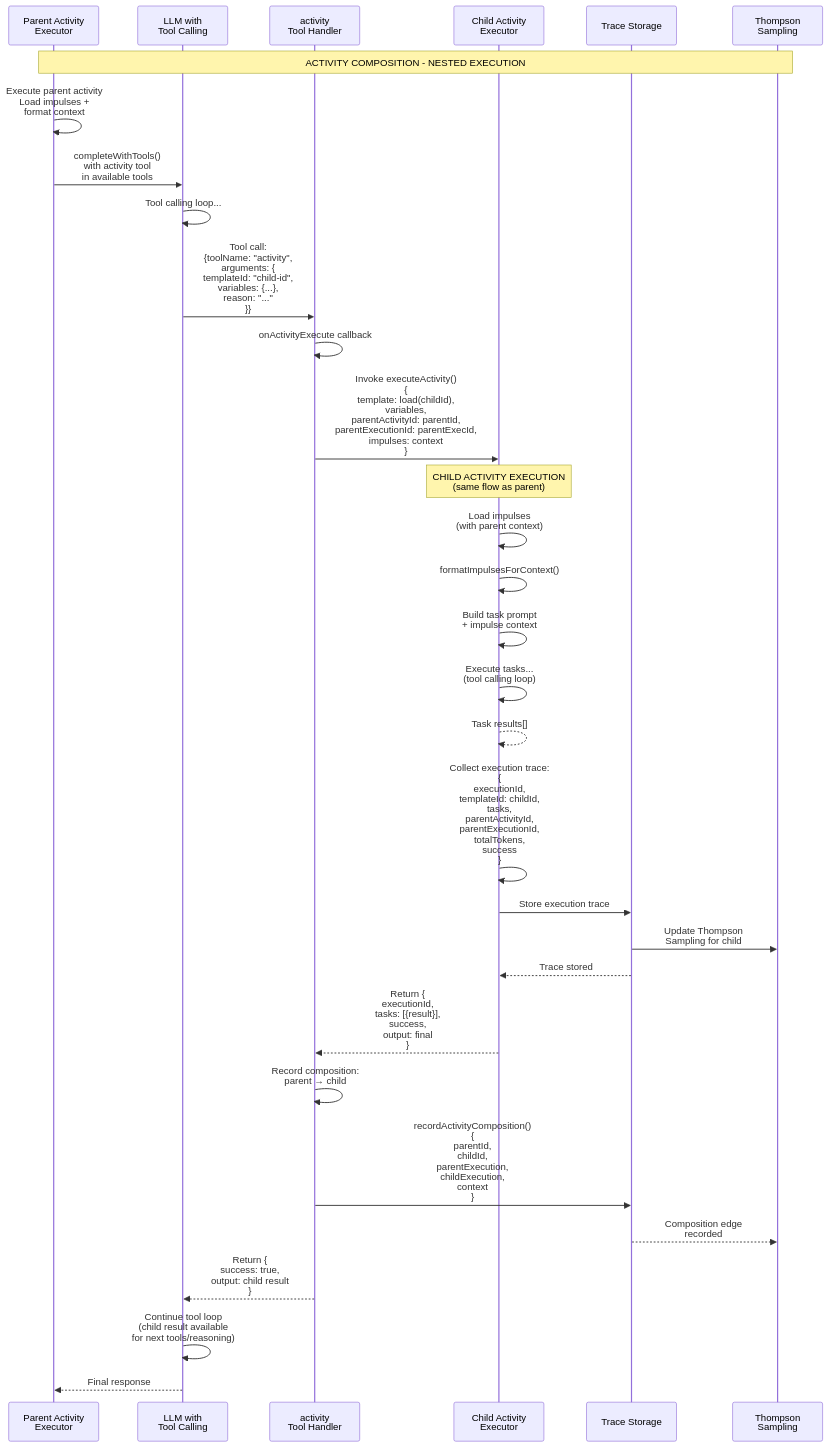
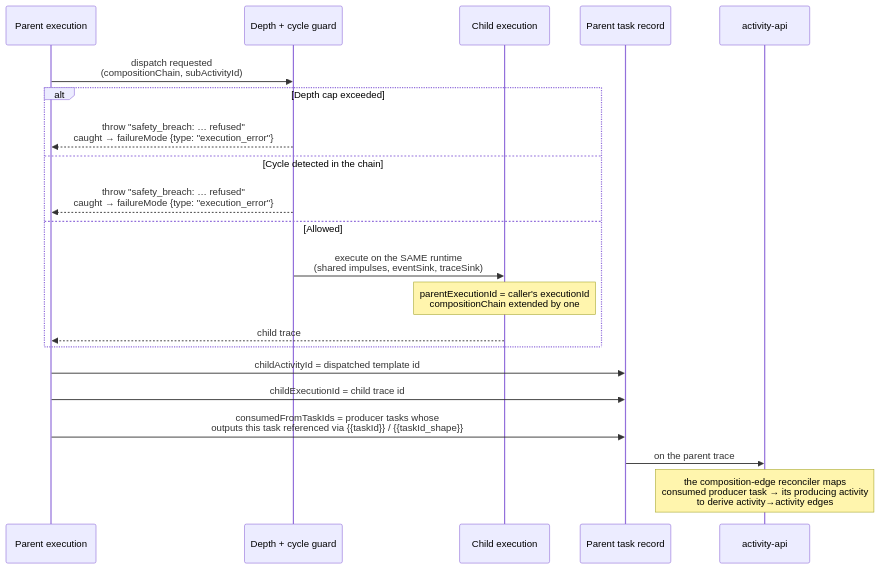
The fourth of 6 diagrams in docs/architecture/sequences/03-resolver-processing.md (AviGopal/substrate), drawn with Mermaid before and after one commit. The commit also changed other lines of this file and 43 other files, not shown here.

````diff
--- a/docs/architecture/sequences/03-resolver-processing.md
+++ b/docs/architecture/sequences/03-resolver-processing.md
@@ -364,57 +183,26 @@
 ```mermaid
 sequenceDiagram
-    participant Parent as Parent Activity<br/>Executor
-    participant LLM as LLM with<br/>Tool Calling
-    participant ActTool as activity<br/>Tool Handler
-    participant Child as Child Activity<br/>Executor
-    participant Trace as Trace Storage
-    participant Learning as Thompson<br/>Sampling
+    participant Parent as Parent execution
+    participant Guard as Depth + cycle guard
+    participant Child as Child execution
+    participant Rec as Parent task record
+    participant API as activity-api
 
-    Note over Parent,Learning: ACTIVITY COMPOSITION - NESTED EXECUTION
+    Parent->>Guard: dispatch requested<br/>(compositionChain, subActivityId)
+    alt Depth cap exceeded
+        Guard-->>Parent: throw "safety_breach: … refused"<br/>caught → failureMode {type: "execution_error"}
+    else Cycle detected in the chain
+        Guard-->>Parent: throw "safety_breach: … refused"<br/>caught → failureMode {type: "execution_error"}
+    else Allowed
+        Guard->>Child: execute on the SAME runtime<br/>(shared impulses, eventSink, traceSink)
+        Note over Child: parentExecutionId = caller's executionId<br/>compositionChain extended by one
+        Child-->>Parent: child trace
+    end
 
-    Parent->>Parent: Execute parent activity<br/>Load impulses +<br/>format context
+    Parent->>Rec: childActivityId = dispatched template id
+    Parent->>Rec: childExecutionId = child trace id
+    Parent->>Rec: consumedFromTaskIds = producer tasks whose<br/>outputs this task referenced via {{taskId}} / {{taskId_shape}}
+    Rec->>API: on the parent trace
 
-    Parent->>LLM: completeWithTools()<br/>with activity tool<br/>in available tools
-
-    LLM->>LLM: Tool calling loop...
-
-    LLM->>ActTool: Tool call:<br/>{toolName: "activity",<br/>arguments: {<br/>  templateId: "child-id",<br/>  variables: {...},<br/>  reason: "..."<br/>}}
-
-    ActTool->>ActTool: onActivityExecute callback
-
-    ActTool->>Child: Invoke executeActivity()<br/>{<br/>  template: load(childId),<br/>  variables,<br/>  parentActivityId: parentId,<br/>  parentExecutionId: parentExecId,<br/>  impulses: context<br/>}
-
-    Note over Child: CHILD ACTIVITY EXECUTION<br/>(same flow as parent)
-
-    Child->>Child: Load impulses<br/>(with parent context)
-
-    Child->>Child: formatImpulsesForContext()
-
-    Child->>Child: Build task prompt<br/>+ impulse context
-
-    Child->>Child: Execute tasks...<br/>(tool calling loop)
-
-    Child-->>Child: Task results[]
-
-    Child->>Child: Collect execution trace:<br/>{<br/>  executionId,<br/>  templateId: childId,<br/>  tasks,<br/>  parentActivityId,<br/>  parentExecutionId,<br/>  totalTokens,<br/>  success<br/>}
-
-    Child->>Trace: Store execution trace
-
-    Trace->>Learning: Update Thompson<br/>Sampling for child
-
-    Trace-->>Child: Trace stored
-
-    Child-->>ActTool: Return {<br/>  executionId,<br/>  tasks: [{result}],<br/>  success,<br/>  output: final<br/>}
-
-    ActTool->>ActTool: Record composition:<br/>parent → child
-
-    ActTool->>Trace: recordActivityComposition()<br/>{<br/>  parentId,<br/>  childId,<br/>  parentExecution,<br/>  childExecution,<br/>  context<br/>}
-
-    Trace-->>Learning: Composition edge<br/>recorded
-
-    ActTool-->>LLM: Return {<br/>  success: true,<br/>  output: child result<br/>}
-
-    LLM->>LLM: Continue tool loop<br/>(child result available<br/>for next tools/reasoning)
-
-    LLM-->>Parent: Final response
+    Note over API: the composition-edge reconciler maps<br/>consumed producer task → its producing activity<br/>to derive activity→activity edges
 ```
````
